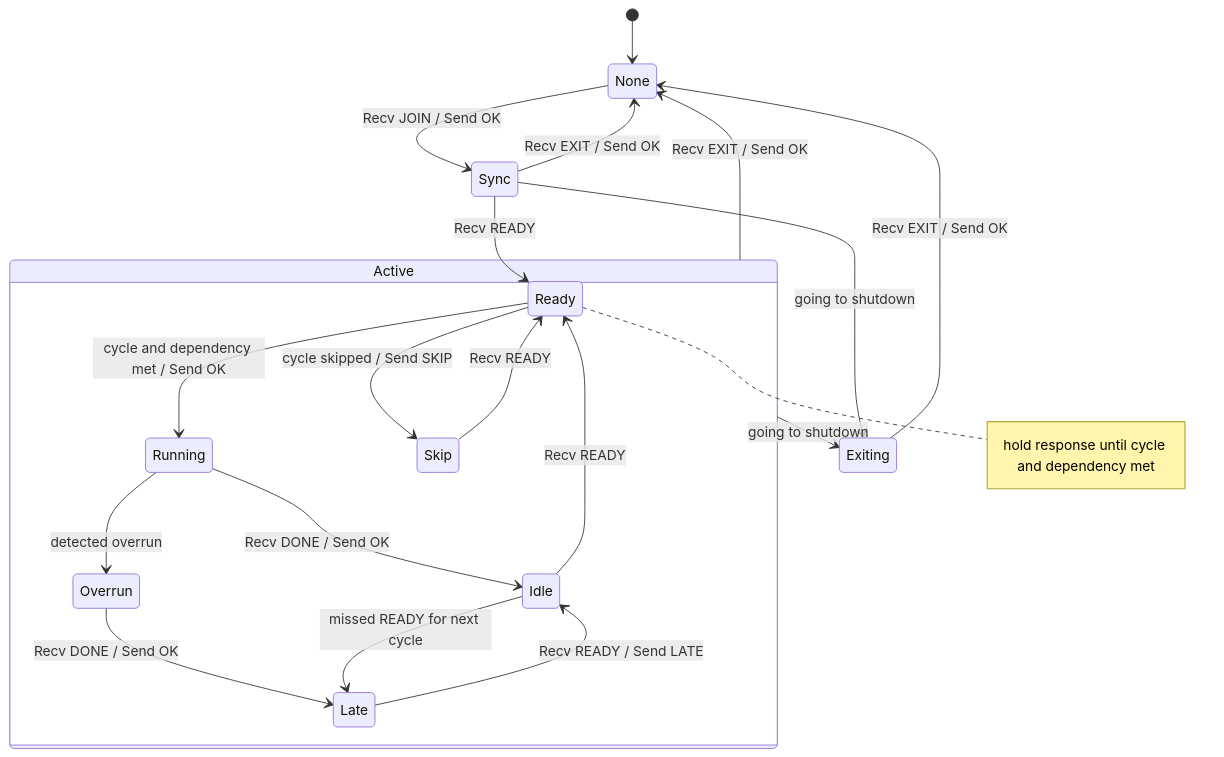
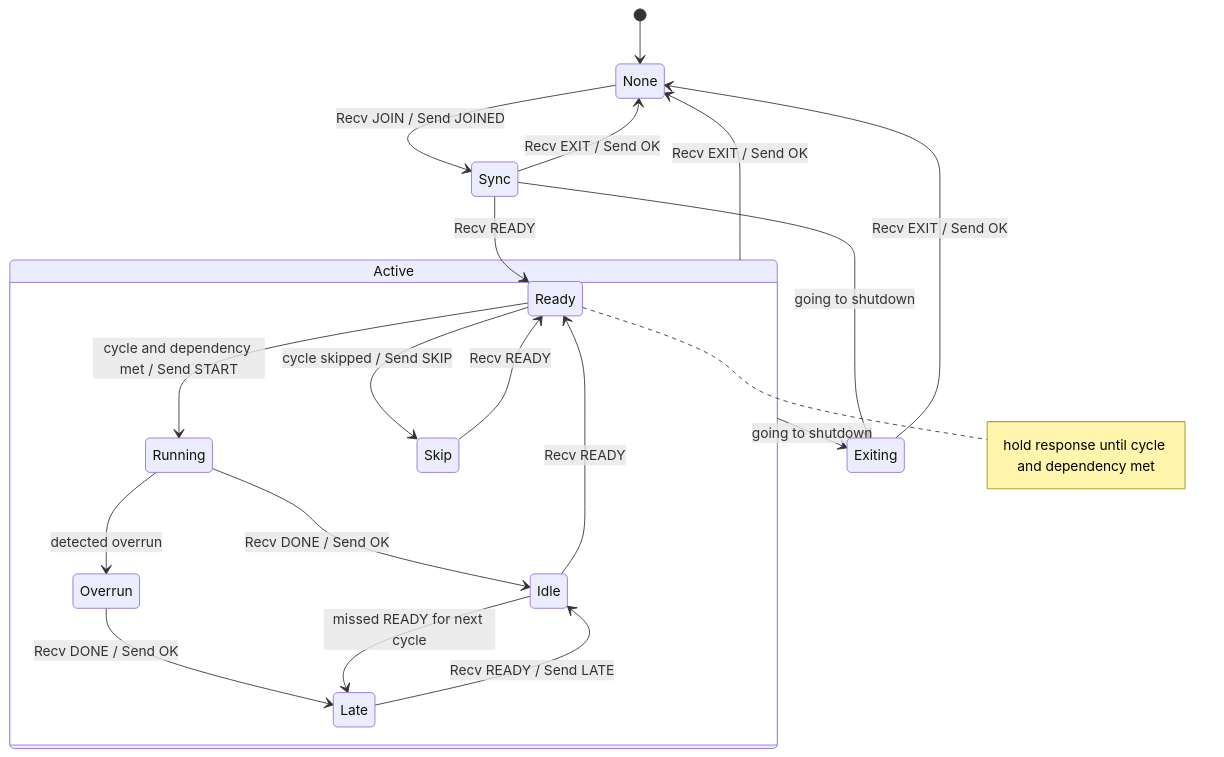
One commit to nao-kawano/ritsu-scheduler changed the second of 2 diagrams in docs/state-management.md. Above: the diagram before and after it, drawn with Mermaid. The commit also changed other lines of this file and 4 other files, not shown here.

First line of the commit message:
docs: refine message formats and flows for better extensibility and operability

````diff
--- a/docs/state-management.md
+++ b/docs/state-management.md
@@ -47,27 +47,27 @@
 ```mermaid
 stateDiagram-v2
     [*] --> None
-    None --> Sync : Recv JOIN / Send OK
+    None --> Sync : Recv JOIN / Send JOINED
     Sync --> Ready : Recv READY
 
     Sync --> None : Recv EXIT / Send OK
     Sync --> Exiting : going to shutdown
     Active --> Exiting : going to shutdown
     Exiting --> None : Recv EXIT / Send OK
     Active --> None : Recv EXIT / Send OK
 
     State Active {
         note right of Ready : hold response until cycle and dependency met
-        Ready --> Running : cycle and dependency met / Send OK
+        Ready --> Running : cycle and dependency met / Send START
         Running --> Idle : Recv DONE / Send OK
         Idle --> Ready : Recv READY
 
         Ready --> Skip : cycle skipped / Send SKIP
         Skip --> Ready : Recv READY
 
         Running --> Overrun : detected overrun
         Overrun --> Late : Recv DONE / Send OK
         Idle --> Late : missed READY for next cycle
         Late --> Idle : Recv READY / Send LATE
     }
 ```
````
